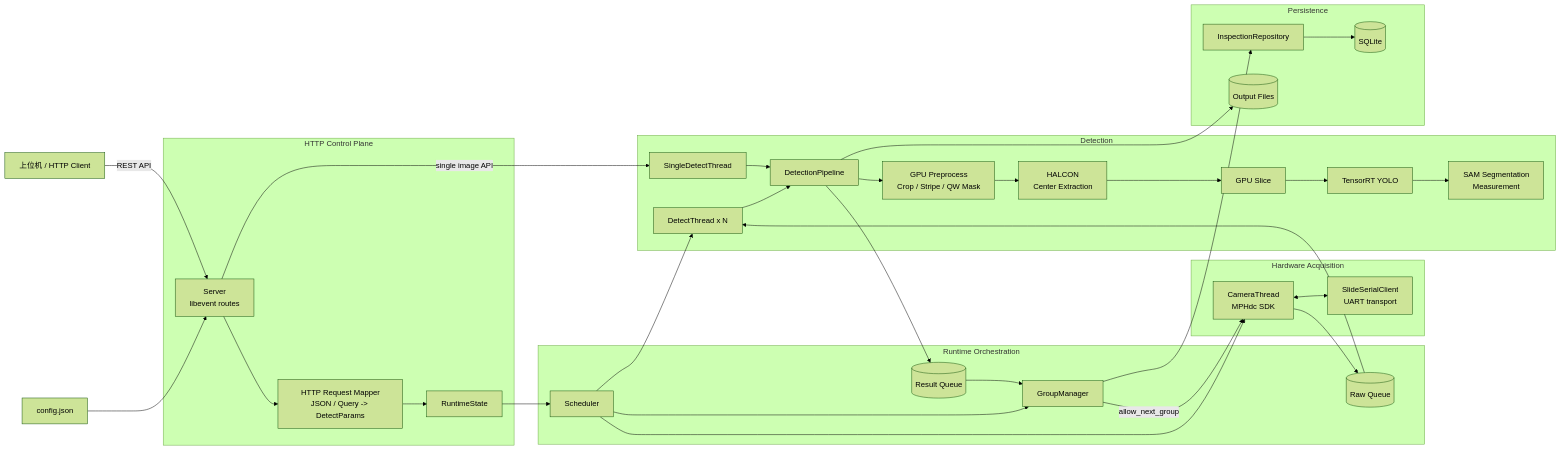
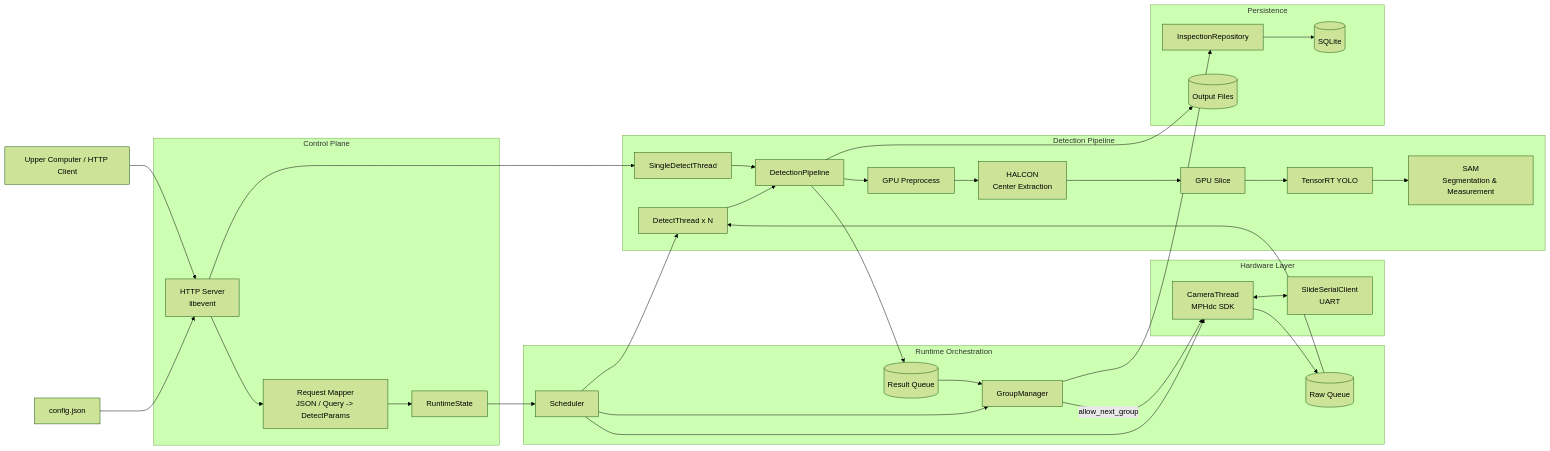
The first of 2 diagrams in README.md (CoisiniYv/cylinder-detection), drawn with Mermaid (forest theme) before and after one commit. The commit also changed other lines of this file, not shown here.

````diff
--- a/README.md
+++ b/README.md
@@ -11,65 +23,62 @@
 ```mermaid
 flowchart LR
-    Client[上位机 / HTTP Client]
+    Client[Upper Computer / HTTP Client]
     Config[config.json]
 
-    subgraph Control[HTTP Control Plane]
-        Server[Server\nlibevent routes]
-        Mapper[HTTP Request Mapper\nJSON / Query -> DetectParams]
+    subgraph Control[Control Plane]
+        Server[HTTP Server\nlibevent]
+        Mapper[Request Mapper\nJSON / Query -> DetectParams]
         State[RuntimeState]
     end
 
     subgraph Runtime[Runtime Orchestration]
         Scheduler[Scheduler]
         RawQ[(Raw Queue)]
         ResultQ[(Result Queue)]
         Group[GroupManager]
     end
 
-    subgraph Hardware[Hardware Acquisition]
+    subgraph Hardware[Hardware Layer]
         Camera[CameraThread\nMPHdc SDK]
-        Slide[SlideSerialClient\nUART transport]
+        Slide[SlideSerialClient\nUART]
     end
 
-    subgraph Detection[Detection]
+    subgraph Inference[Detection Pipeline]
         Workers[DetectThread x N]
         Single[SingleDetectThread]
         Pipeline[DetectionPipeline]
-        Pre[GPU Preprocess\nCrop / Stripe / QW Mask]
+        Pre[GPU Preprocess]
         Halcon[HALCON\nCenter Extraction]
         Slice[GPU Slice]
         YOLO[TensorRT YOLO]
-        SAM[SAM Segmentation\nMeasurement]
+        SAM[SAM\nSegmentation & Measurement]
     end
 
     subgraph Storage[Persistence]
         Repo[InspectionRepository]
         DB[(SQLite)]
-        Output[(Output Files)]
+        Files[(Output Files)]
     end
 
     Config --> Server
-    Client -->|REST API| Server
-    Server --> Mapper
-    Mapper --> State
-    State --> Scheduler
+    Client --> Server
+    Server --> Mapper --> State --> Scheduler
 
     Scheduler --> Workers
     Scheduler --> Group
     Scheduler --> Camera
+
     Camera <--> Slide
-    Camera --> RawQ
-    RawQ --> Workers
+    Camera --> RawQ --> Workers
 
     Workers --> Pipeline
     Single --> Pipeline
     Pipeline --> Pre --> Halcon --> Slice --> YOLO --> SAM
-    Pipeline --> Output
-    Pipeline --> ResultQ
-    ResultQ --> Group
+    Pipeline --> Files
+    Pipeline --> ResultQ --> Group
 
     Group --> Repo --> DB
     Group -->|allow_next_group| Camera
 
-    Server -->|single image API| Single
+    Server --> Single
 ```
````
